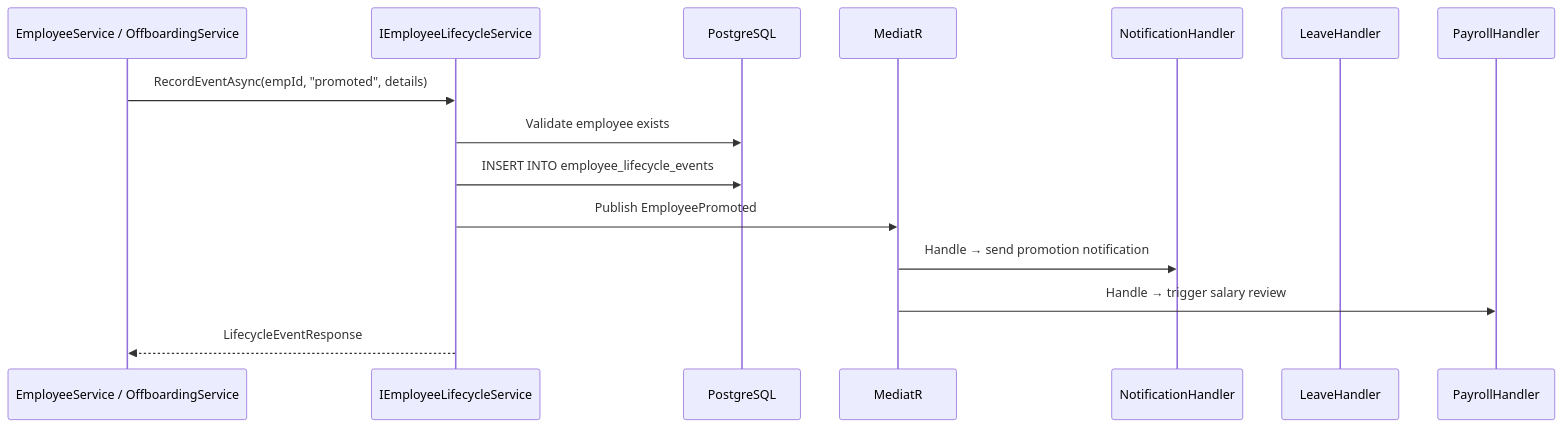
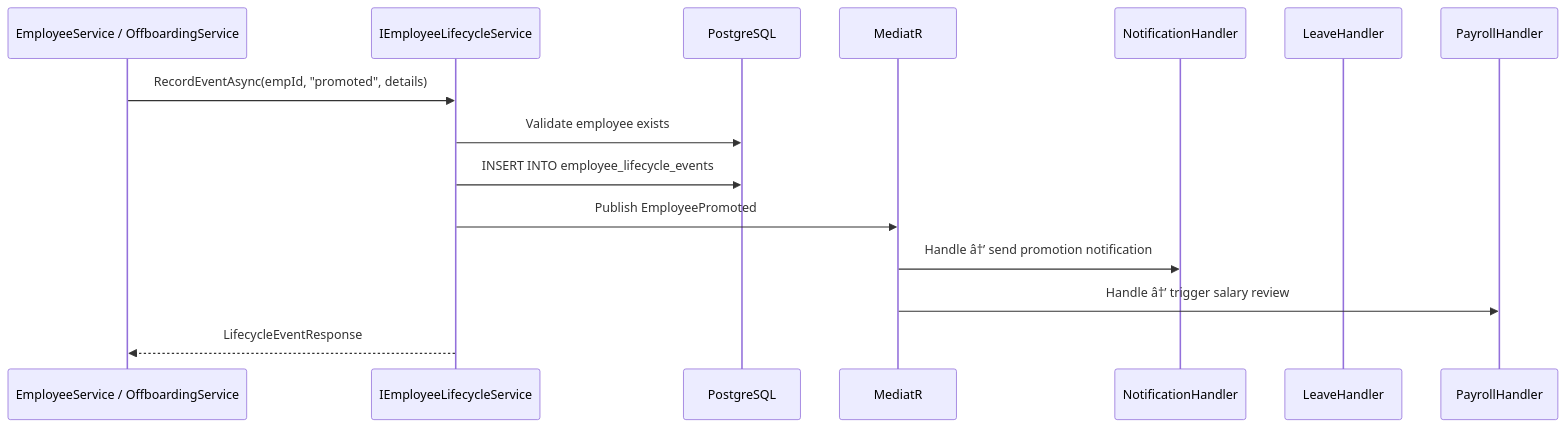
Before and after one commit to Thivaharan-25/OneVo-HR: the diagram in modules/core-hr/employee-lifecycle/end-to-end-logic.md, drawn with Mermaid. The commit also changed other lines of this file and 288 other files, not shown here.

````diff
--- a/modules/core-hr/employee-lifecycle/end-to-end-logic.md
+++ b/modules/core-hr/employee-lifecycle/end-to-end-logic.md
@@ -75,18 +92,18 @@
 ```mermaid
 sequenceDiagram
     participant Caller as EmployeeService / OffboardingService
     participant LCS as IEmployeeLifecycleService
     participant DB as PostgreSQL
     participant Bus as MediatR
     participant Notify as NotificationHandler
     participant Leave as LeaveHandler
     participant Payroll as PayrollHandler
 
     Caller->>LCS: RecordEventAsync(empId, "promoted", details)
     LCS->>DB: Validate employee exists
     LCS->>DB: INSERT INTO employee_lifecycle_events
     LCS->>Bus: Publish EmployeePromoted
-    Bus->>Notify: Handle → send promotion notification
-    Bus->>Payroll: Handle → trigger salary review
+    Bus->>Notify: Handle â†’ send promotion notification
+    Bus->>Payroll: Handle â†’ trigger salary review
     LCS-->>Caller: LifecycleEventResponse
 ```
````
